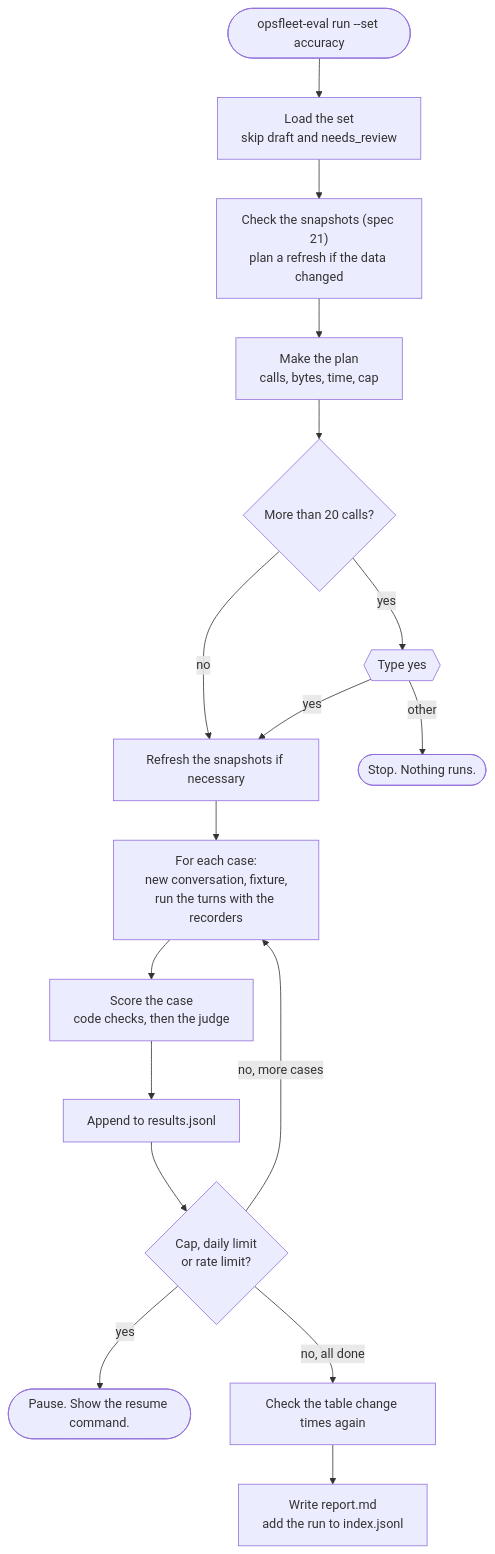
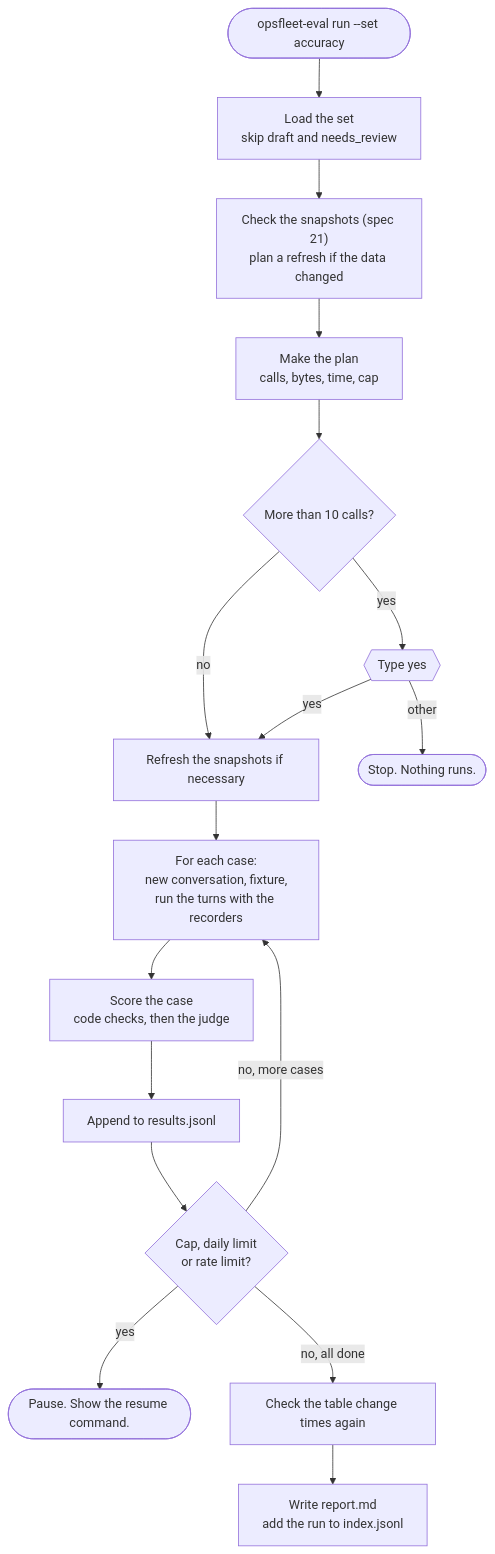
The diagram in docs/specs/23-eval-runner/spec.md (ynsa/retail-analytics-assistant), drawn with Mermaid before and after one commit. The commit also changed other lines of this file and 4 other files, not shown here.

````diff
--- a/docs/specs/23-eval-runner/spec.md
+++ b/docs/specs/23-eval-runner/spec.md
@@ -86,19 +87,19 @@
 ```mermaid
 flowchart TD
     cmd(["opsfleet-eval run --set accuracy"]) --> load["Load the set<br/>skip draft and needs_review"]
     load --> snap["Check the snapshots (spec 21)<br/>plan a refresh if the data changed"]
     snap --> plan["Make the plan<br/>calls, bytes, time, cap"]
-    plan --> yes{"More than 20 calls?"}
+    plan --> yes{"More than 10 calls?"}
     yes -->|"yes"| ask{{"Type yes"}}
     yes -->|"no"| refresh
     ask -->|"yes"| refresh["Refresh the snapshots if necessary"]
     ask -->|"other"| stop(["Stop. Nothing runs."])
     refresh --> loop["For each case:<br/>new conversation, fixture,<br/>run the turns with the recorders"]
     loop --> score["Score the case<br/>code checks, then the judge"]
     score --> save["Append to results.jsonl"]
     save --> cap{"Cap, daily limit<br/>or rate limit?"}
     cap -->|"no, more cases"| loop
     cap -->|"yes"| pause(["Pause. Show the resume command."])
     cap -->|"no, all done"| check["Check the table change times again"]
     check --> report["Write report.md<br/>add the run to index.jsonl"]
 ```
````
